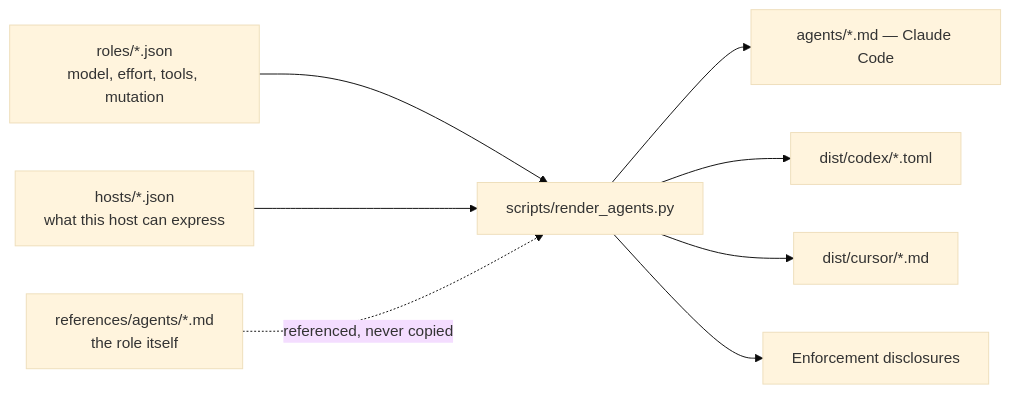
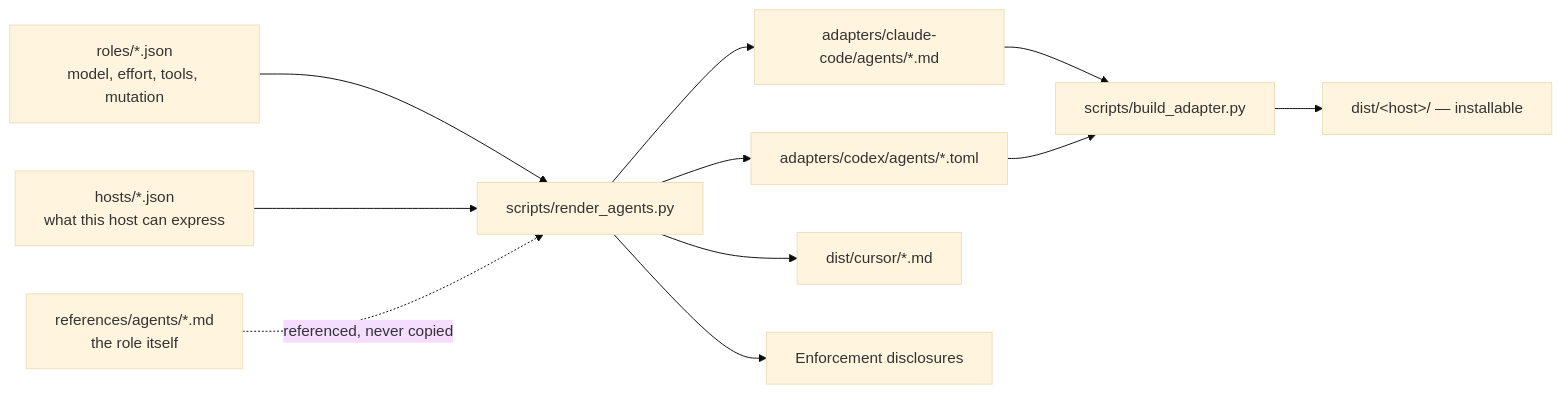
Before and after one commit to theocarranza/root-architect-execution: the diagram in dist/claude-code/references/agents/README.md, drawn with Mermaid (base theme). The commit also changed other lines of this file and 74 other files, not shown here.

````diff
--- a/dist/claude-code/references/agents/README.md
+++ b/dist/claude-code/references/agents/README.md
@@ -5,10 +5,11 @@
 ```mermaid
 flowchart LR
   ROLE["roles/*.json<br/>model, effort, tools, mutation"] --> GEN["scripts/render_agents.py"]
   HOST["hosts/*.json<br/>what this host can express"] --> GEN
   PROSE["references/agents/*.md<br/>the role itself"] -.->|"referenced, never copied"| GEN
-  GEN --> A["agents/*.md — Claude Code"]
-  GEN --> B["dist/codex/*.toml"]
+  GEN --> A["adapters/claude-code/agents/*.md"]
+  GEN --> B["adapters/codex/agents/*.toml"]
   GEN --> C["dist/cursor/*.md"]
+  A & B --> BUILD["scripts/build_adapter.py"] --> DIST["dist/&lt;host&gt;/ — installable"]
   GEN --> D["Enforcement disclosures"]
 ```
````
